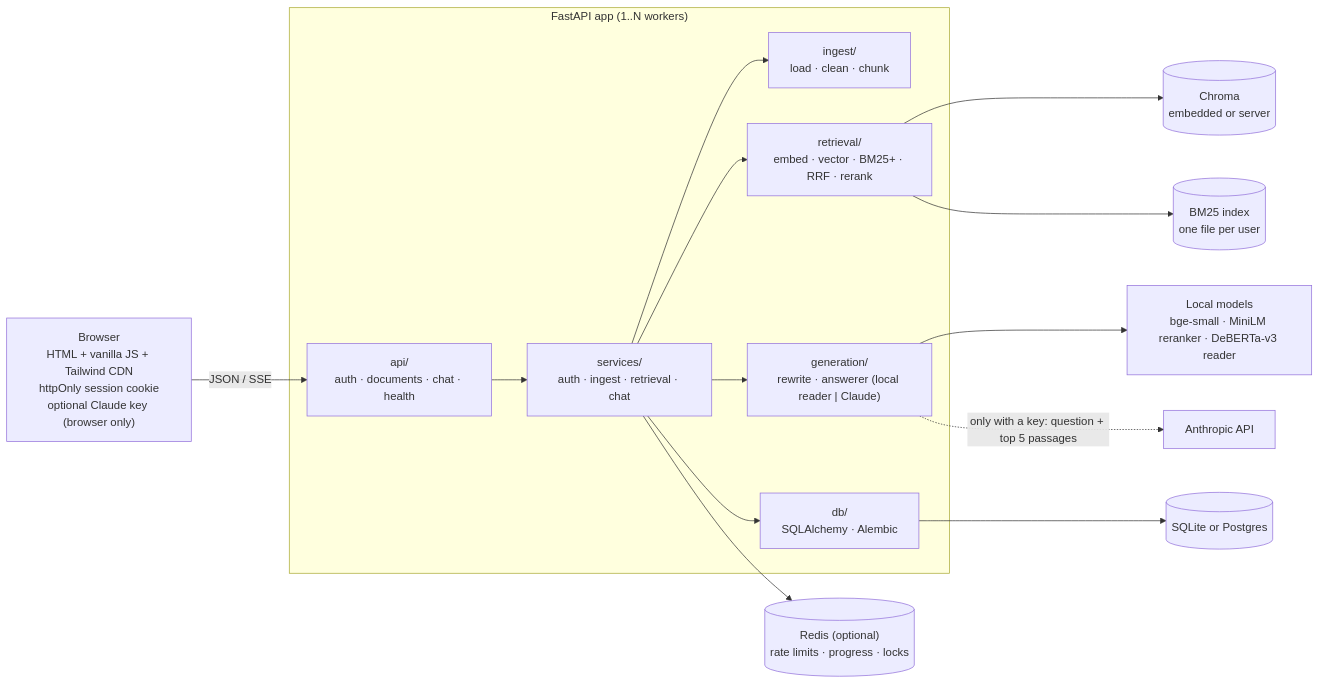
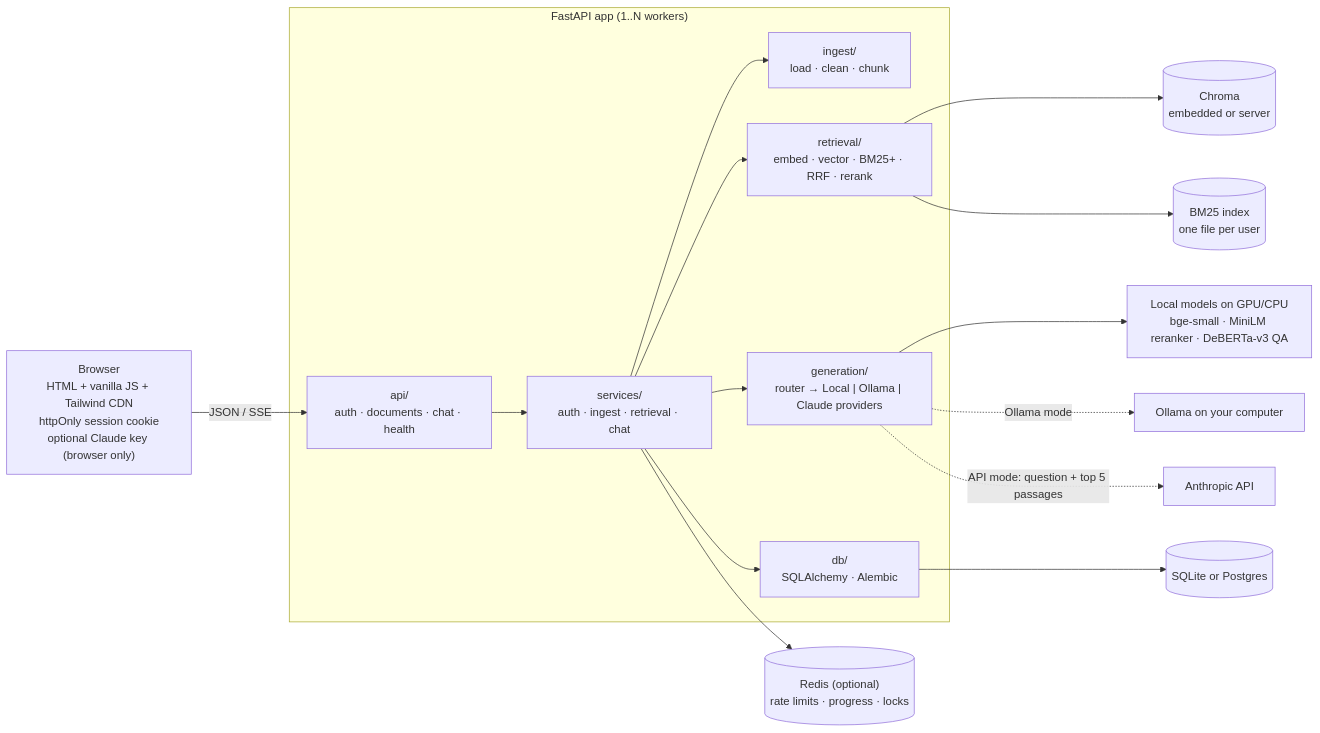
The diagram in README.md (ChandanKarlekarV/rag-chat), drawn with Mermaid before and after one commit. The commit also changed other lines of this file and 3 other files, not shown here.

Commit message:
Fix sentence splitting on decimals; README: answer modes, GPU setup, measured per-mode results

````diff
--- a/README.md
+++ b/README.md
@@ -38,19 +41,20 @@
 ```mermaid
 flowchart LR
     B["Browser<br/>HTML + vanilla JS + Tailwind CDN<br/>httpOnly session cookie<br/>optional Claude key (browser only)"] -- "JSON / SSE" --> API
 
     subgraph FastAPI["FastAPI app (1..N workers)"]
         API["api/<br/>auth · documents · chat · health"] --> SVC["services/<br/>auth · ingest · retrieval · chat"]
         SVC --> ING["ingest/<br/>load · clean · chunk"]
         SVC --> RET["retrieval/<br/>embed · vector · BM25+ · RRF · rerank"]
-        SVC --> GEN["generation/<br/>rewrite · answerer (local reader | Claude)"]
+        SVC --> GEN["generation/<br/>router → Local | Ollama | Claude providers"]
         SVC --> DB["db/<br/>SQLAlchemy · Alembic"]
     end
 
     DB --> SQL[("SQLite or Postgres")]
     RET --> CH[("Chroma<br/>embedded or server")]
     RET --> BM[("BM25 index<br/>one file per user")]
     SVC --> RD[("Redis (optional)<br/>rate limits · progress · locks")]
-    GEN --> LM["Local models<br/>bge-small · MiniLM reranker · DeBERTa-v3 reader"]
-    GEN -. "only with a key: question + top 5 passages" .-> LLM["Anthropic API"]
+    GEN --> LM["Local models on GPU/CPU<br/>bge-small · MiniLM reranker · DeBERTa-v3 QA"]
+    GEN -. "Ollama mode" .-> OL["Ollama on your computer"]
+    GEN -. "API mode: question + top 5 passages" .-> LLM["Anthropic API"]
 ```
````
